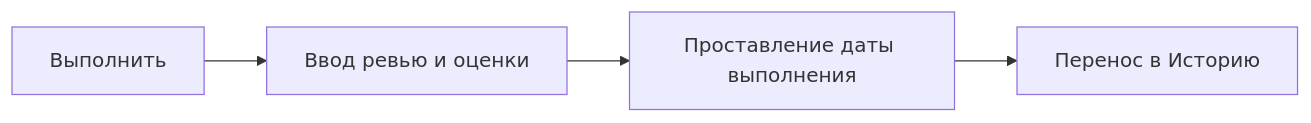
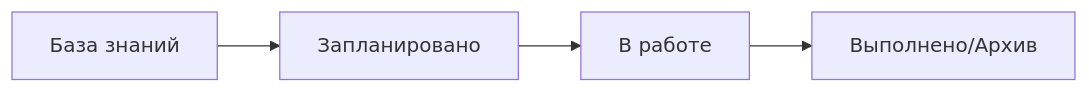
One commit to artemkorsakov/personal-development-plan changed the diagram in docs/lifecycle.md. Above: the diagram before and after it, drawn with Mermaid. The commit also changed other lines of this file and 1 other file, not shown here.

````diff
--- a/docs/lifecycle.md
+++ b/docs/lifecycle.md
@@ -131,6 +5,6 @@
 ```mermaid
-flowchart LR
-    A[Выполнить] --> B[Ввод ревью и оценки]
-    B --> C[Проставление даты выполнения]
-    C --> D[Перенос в Историю]
+graph LR
+    A[База знаний] --> B[Запланировано]
+    B --> C[В работе]
+    C --> D[Выполнено/Архив]
 ```
````
